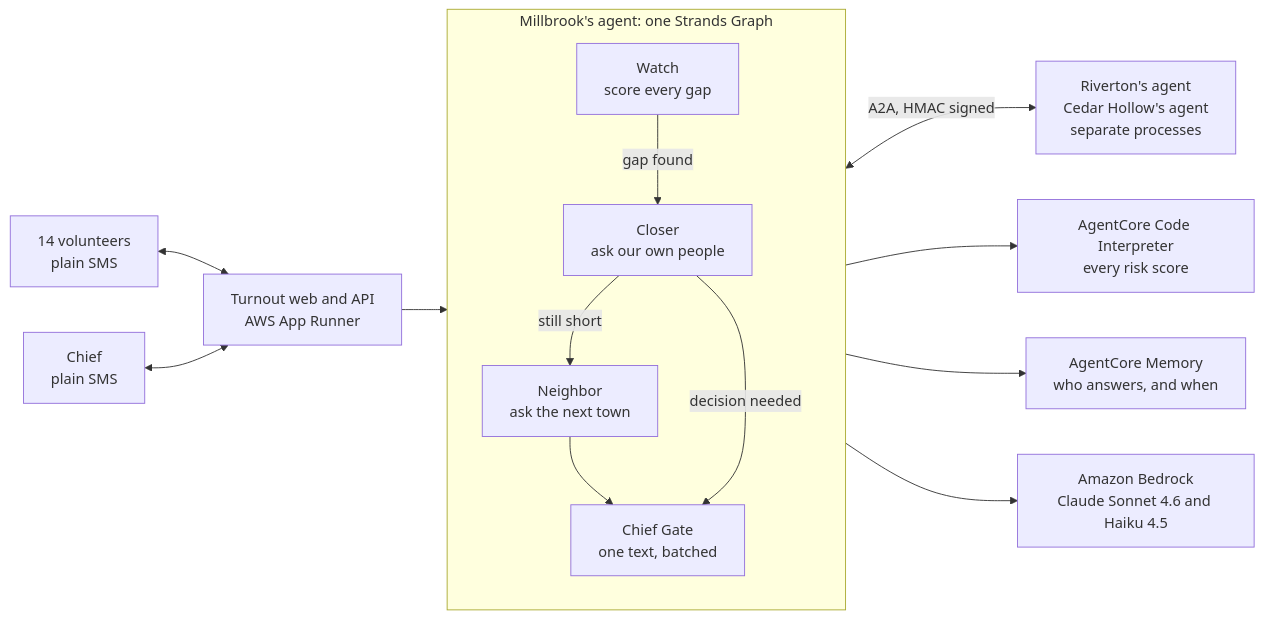
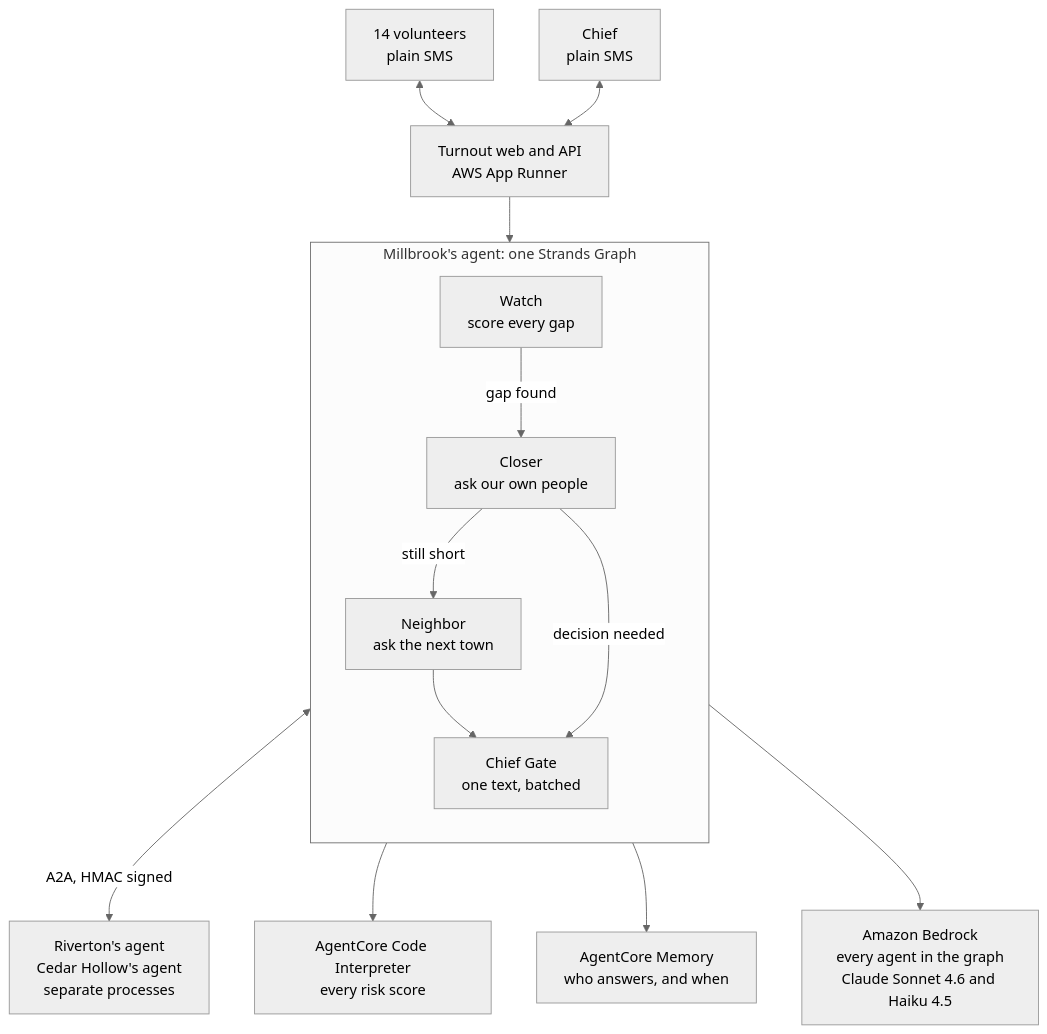
One commit to usv240/turnout changed the diagram in README.md. Above: the diagram before and after it, drawn with Mermaid.

Commit message:
Lay the architecture diagram out top down
Left to right rendered 5860 pixels wide against 1400 tall. GitHub scales a diagram
that shape down to the column width, which put the labels at a size nobody reads,
and the same file is what Devpost wants uploaded as the architecture diagram.

Top down comes out close to square, legible at full width in the README and legible
again as a standalone PNG. Also switched to the neutral theme, since the default
paints the subgraph in a yellow that reads as a warning.

One correction that came out of looking at it rendered: Bedrock hung off Chief Gate
alone, which said only that node calls a model. All four agents in the graph do, so
the edge now comes from the graph.

````diff
--- a/README.md
+++ b/README.md
@@ -62,23 +62,24 @@
 ```mermaid
-flowchart LR
+%%{init: {'theme': 'neutral'}}%%
+flowchart TB
   VOL["14 volunteers<br/>plain SMS"] <--> API
   CHIEF["Chief<br/>plain SMS"] <--> API
   API["Turnout web and API<br/>AWS App Runner"] --> WATCH
 
   subgraph DEPT["Millbrook's agent: one Strands Graph"]
     direction TB
     WATCH["Watch<br/>score every gap"]
     CLOSER["Closer<br/>ask our own people"]
     NEIGHBOR["Neighbor<br/>ask the next town"]
     GATE["Chief Gate<br/>one text, batched"]
     WATCH -->|"gap found"| CLOSER
     CLOSER -->|"still short"| NEIGHBOR
     NEIGHBOR --> GATE
     CLOSER -->|"decision needed"| GATE
   end
 
   NEIGHBOR <-->|"A2A, HMAC signed"| PEERS["Riverton's agent<br/>Cedar Hollow's agent<br/>separate processes"]
   WATCH --> CODE["AgentCore Code Interpreter<br/>every risk score"]
   CLOSER --> MEM["AgentCore Memory<br/>who answers, and when"]
-  GATE --> BEDROCK["Amazon Bedrock<br/>Claude Sonnet 4.6 and Haiku 4.5"]
+  DEPT --> BEDROCK["Amazon Bedrock<br/>every agent in the graph<br/>Claude Sonnet 4.6 and Haiku 4.5"]
 ```
````
